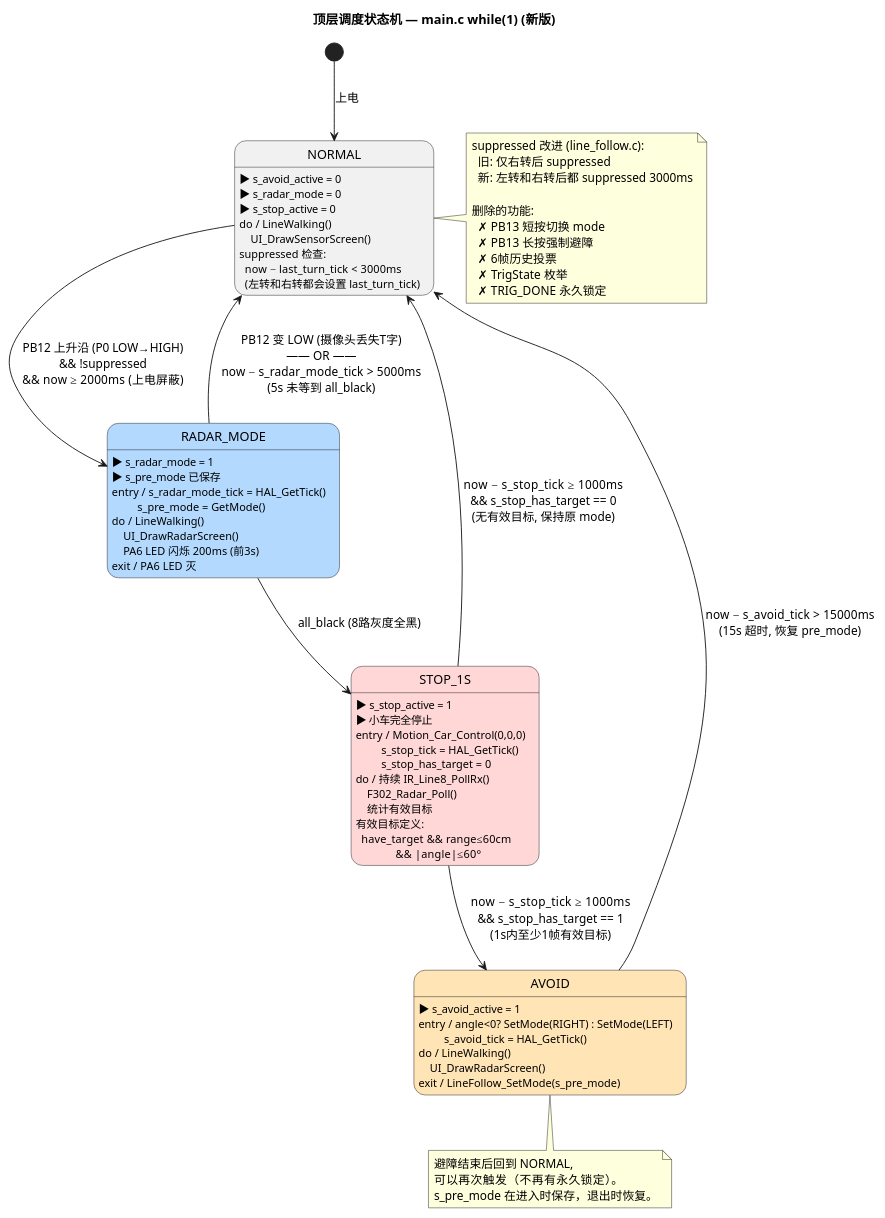
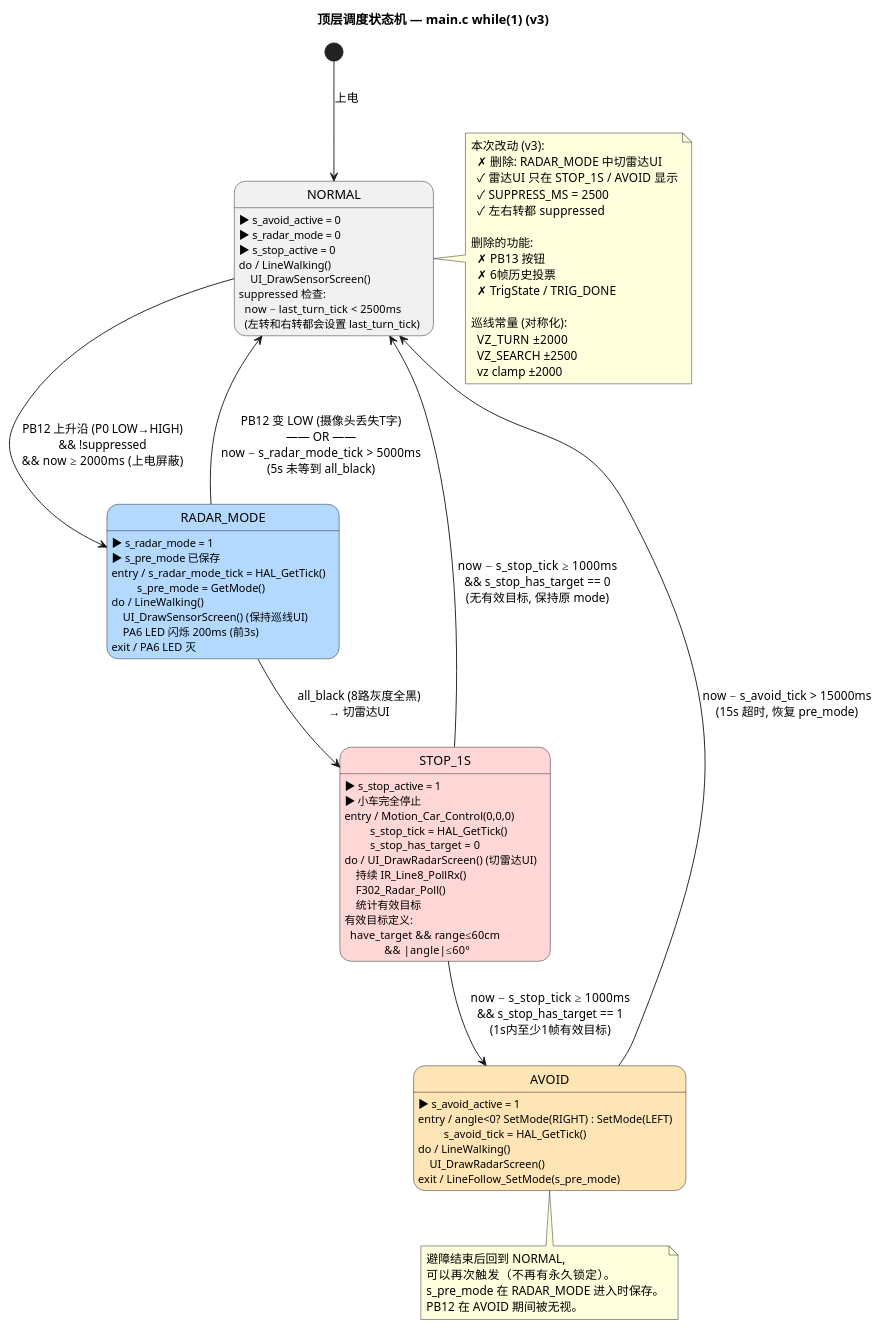
One commit to www312/Line_following changed the diagram in docs/01_top_level.puml. Above: the diagram before and after it, drawn with PlantUML. The commit also changed 2 other files, not shown here.

Commit message:
docs: update PlantUML diagrams to v3
- 01_top_level: RADAR_MODE keeps sensor UI, radar UI starts at STOP_1S
               SUPPRESS_MS=2500, symmetric VZ values
- 02_line_walking: VZ_TURN ±2000, VZ_SEARCH ±2500, vz clamp ±2000
                   suppressed tick covers both left/right turns
- 03_radar_pipeline: add OpenMV camera trigger chain,
                     full pipeline CAMERA→RADAR_WAIT→STOP→AVOID

```diff
--- a/docs/01_top_level.puml
+++ b/docs/01_top_level.puml
@@ -1,72 +1,78 @@
 @startuml top_level
-title 顶层调度状态机 — main.c while(1) (新版)
+title 顶层调度状态机 — main.c while(1) (v3)
 hide empty description
 skinparam StateBackgroundColor<<radar>> #B3D9FF
 skinparam StateBackgroundColor<<stop>>  #FFD7D7
 skinparam StateBackgroundColor<<avoid>> #FFE4B5
 
 [*] --> NORMAL : 上电
 
 state NORMAL {
   NORMAL : ▶ s_avoid_active = 0\n▶ s_radar_mode = 0\n▶ s_stop_active = 0
   NORMAL : do / LineWalking()\n    UI_DrawSensorScreen()
-  NORMAL : suppressed 检查:\n  now − last_turn_tick < 3000ms\n  (左转和右转都会设置 last_turn_tick)
+  NORMAL : suppressed 检查:\n  now − last_turn_tick < 2500ms\n  (左转和右转都会设置 last_turn_tick)
 }
 
 state RADAR_MODE <<radar>> {
   RADAR_MODE : ▶ s_radar_mode = 1\n▶ s_pre_mode 已保存
   RADAR_MODE : entry / s_radar_mode_tick = HAL_GetTick()\n         s_pre_mode = GetMode()
-  RADAR_MODE : do / LineWalking()\n    UI_DrawRadarScreen()\n    PA6 LED 闪烁 200ms (前3s)
+  RADAR_MODE : do / LineWalking()\n    UI_DrawSensorScreen() (保持巡线UI)\n    PA6 LED 闪烁 200ms (前3s)
   RADAR_MODE : exit / PA6 LED 灭
 }
 
 state STOP_1S <<stop>> {
   STOP_1S : ▶ s_stop_active = 1\n▶ 小车完全停止
   STOP_1S : entry / Motion_Car_Control(0,0,0)\n         s_stop_tick = HAL_GetTick()\n         s_stop_has_target = 0
-  STOP_1S : do / 持续 IR_Line8_PollRx()\n    F302_Radar_Poll()\n    统计有效目标
+  STOP_1S : do / UI_DrawRadarScreen() (切雷达UI)\n    持续 IR_Line8_PollRx()\n    F302_Radar_Poll()\n    统计有效目标
   STOP_1S : 有效目标定义:\n  have_target && range≤60cm\n              && |angle|≤60°
 }
 
 state AVOID <<avoid>> {
   AVOID : ▶ s_avoid_active = 1
   AVOID : entry / angle<0? SetMode(RIGHT) : SetMode(LEFT)\n         s_avoid_tick = HAL_GetTick()
   AVOID : do / LineWalking()\n    UI_DrawRadarScreen()
   AVOID : exit / LineFollow_SetMode(s_pre_mode)
 }
 
 ' ── 状态迁移 ──
 
 NORMAL --> RADAR_MODE : PB12 上升沿 (P0 LOW→HIGH)\n&& !suppressed\n&& now ≥ 2000ms (上电屏蔽)
 
 RADAR_MODE --> NORMAL : PB12 变 LOW (摄像头丢失T字)\n—— OR ——\nnow − s_radar_mode_tick > 5000ms\n(5s 未等到 all_black)
 
-RADAR_MODE --> STOP_1S : all_black (8路灰度全黑)
+RADAR_MODE --> STOP_1S : all_black (8路灰度全黑)\n→ 切雷达UI
 
 STOP_1S --> AVOID   : now − s_stop_tick ≥ 1000ms\n&& s_stop_has_target == 1\n(1s内至少1帧有效目标)
 
 STOP_1S --> NORMAL  : now − s_stop_tick ≥ 1000ms\n&& s_stop_has_target == 0\n(无有效目标, 保持原 mode)
 
 AVOID --> NORMAL : now − s_avoid_tick > 15000ms\n(15s 超时, 恢复 pre_mode)
 
 ' ── 注释 ──
 
 note right of NORMAL
-  suppressed 改进 (line_follow.c):
-    旧: 仅右转后 suppressed
-    新: 左转和右转后都 suppressed 3000ms
+  本次改动 (v3):
+    ✗ 删除: RADAR_MODE 中切雷达UI
+    ✓ 雷达UI 只在 STOP_1S / AVOID 显示
+    ✓ SUPPRESS_MS = 2500
+    ✓ 左右转都 suppressed
 
   删除的功能:
-    ✗ PB13 短按切换 mode
-    ✗ PB13 长按强制避障
+    ✗ PB13 按钮
     ✗ 6帧历史投票
-    ✗ TrigState 枚举
-    ✗ TRIG_DONE 永久锁定
+    ✗ TrigState / TRIG_DONE
+
+  巡线常量 (对称化):
+    VZ_TURN  ±2000
+    VZ_SEARCH ±2500
+    vz clamp ±2000
 end note
 
 note bottom of AVOID
   避障结束后回到 NORMAL,
   可以再次触发（不再有永久锁定）。
-  s_pre_mode 在进入时保存，退出时恢复。
+  s_pre_mode 在 RADAR_MODE 进入时保存。
+  PB12 在 AVOID 期间被无视。
 end note
 
 @enduml
```
